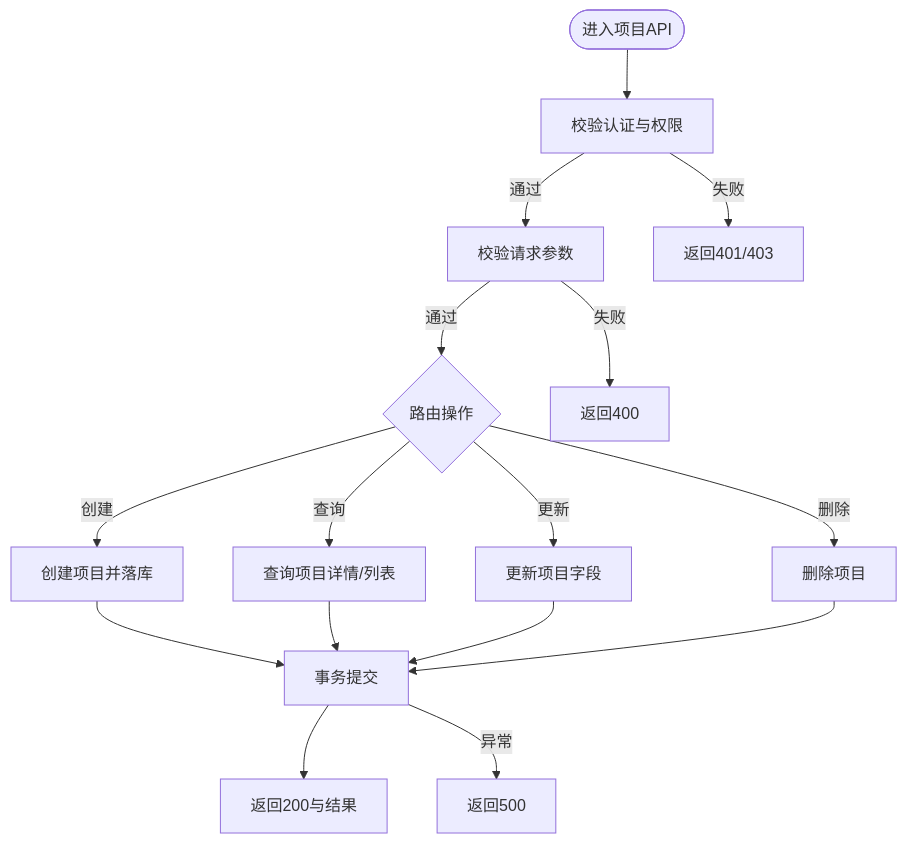
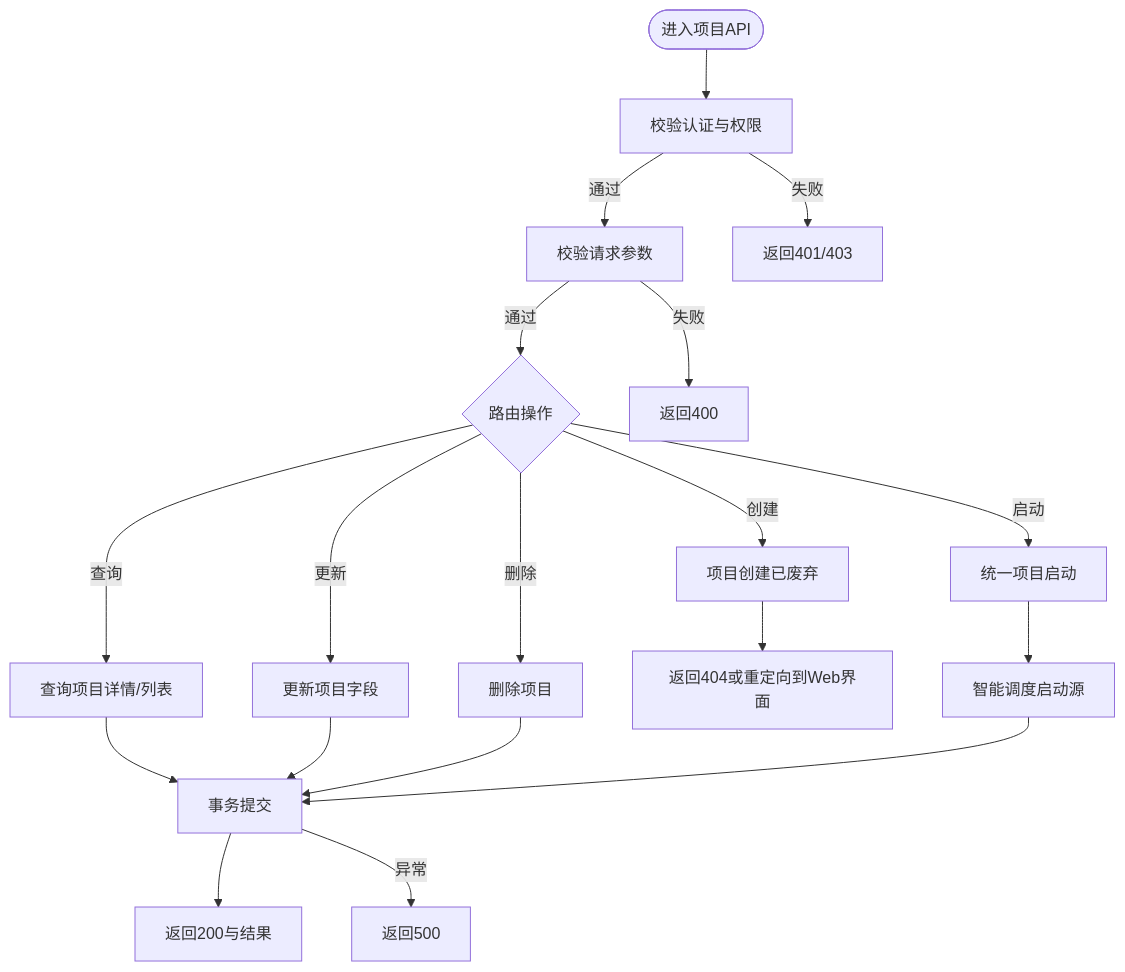
Before and after one commit to scottcwy/PurpleInk: the third of 9 diagrams in .qoder/repowiki/zh/content/API参考/项目管理API.md, drawn with Mermaid. The commit also changed other lines of this file and 29 other files, not shown here.

````diff
--- a/.qoder/repowiki/zh/content/API参考/项目管理API.md
+++ b/.qoder/repowiki/zh/content/API参考/项目管理API.md
@@ -213,18 +216,21 @@
 ```mermaid
 flowchart TD
 Start(["进入项目API"]) --> CheckAuth["校验认证与权限"]
 CheckAuth --> |通过| ValidateInput["校验请求参数"]
 CheckAuth --> |失败| Return401["返回401/403"]
 ValidateInput --> |通过| RouteOp{"路由操作"}
 ValidateInput --> |失败| Return400["返回400"]
-RouteOp --> |创建| Create["创建项目并落库"]
+RouteOp --> |创建| Create["项目创建已废弃"]
 RouteOp --> |查询| Query["查询项目详情/列表"]
 RouteOp --> |更新| Update["更新项目字段"]
 RouteOp --> |删除| Delete["删除项目"]
-Create --> Commit["事务提交"]
-Query --> Commit
+RouteOp --> |启动| StartProj["统一项目启动"]
+Create --> Error["返回404或重定向到Web界面"]
+Query --> Commit["事务提交"]
 Update --> Commit
 Delete --> Commit
+StartProj --> Dispatch["智能调度启动源"]
+Dispatch --> Commit
 Commit --> Return200["返回200与结果"]
 Commit --> |异常| Return500["返回500"]
 ```
````
